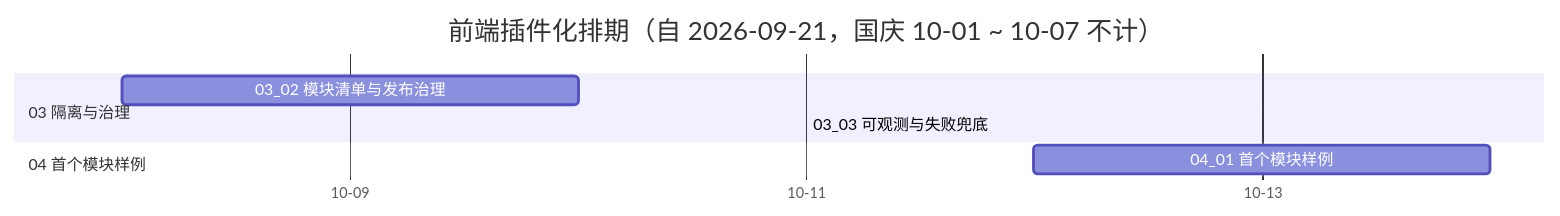
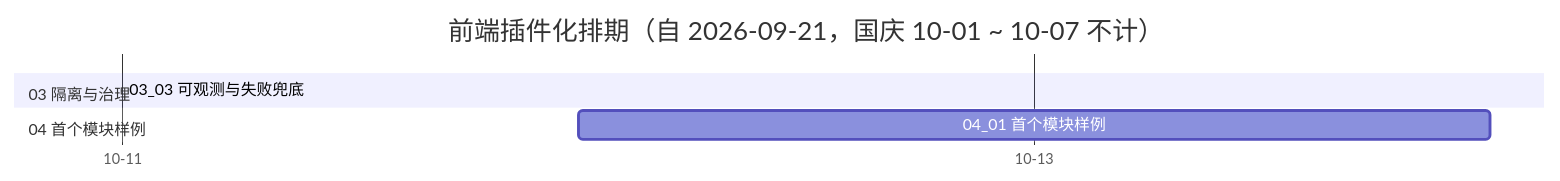
Before and after one commit to minjian123/basic-management-system: the diagram in bms文档/项目/05_前端插件化/计划/01_计划_前端插件化.md, drawn with Mermaid. The commit also changed other lines of this file and 15 other files, not shown here.

````diff
--- a/bms文档/项目/05_前端插件化/计划/01_计划_前端插件化.md
+++ b/bms文档/项目/05_前端插件化/计划/01_计划_前端插件化.md
@@ -42,12 +42,11 @@
 ```mermaid
 gantt
     title 前端插件化排期（自 2026-09-21，国庆 10-01 ~ 10-07 不计）
     dateFormat YYYY-MM-DD
     axisFormat %m-%d
     tickInterval 2day
     section 03 隔离与治理
-    03_02 模块清单与发布治理 :a6, 2026-10-08, 2026-10-10
     03_03 可观测与失败兜底 :a7, 2026-10-11, 2026-10-11
     section 04 首个模块样例
     04_01 首个模块样例 :a8, 2026-10-12, 2026-10-14
 ```
````
